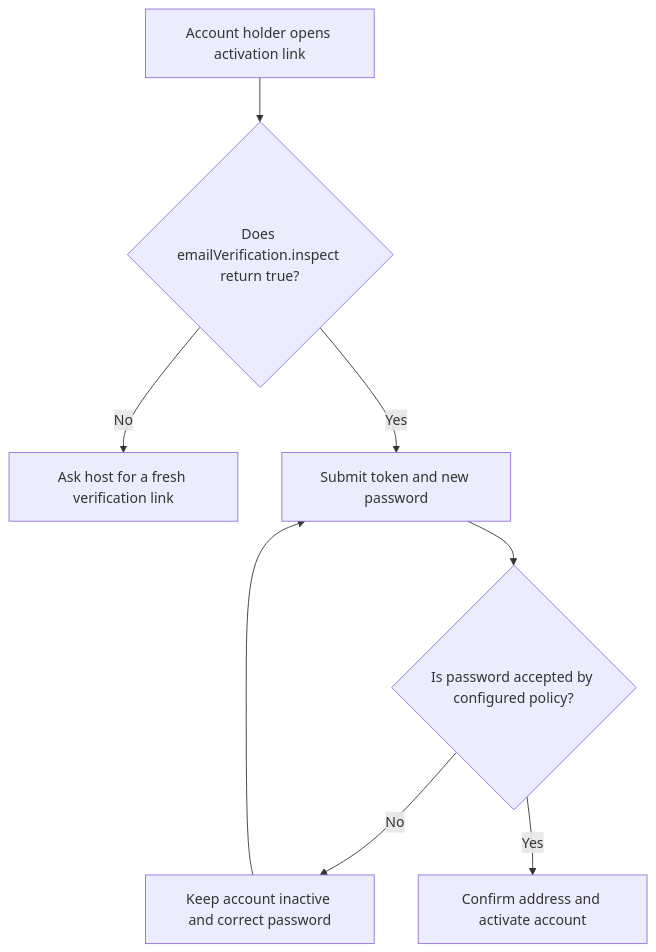
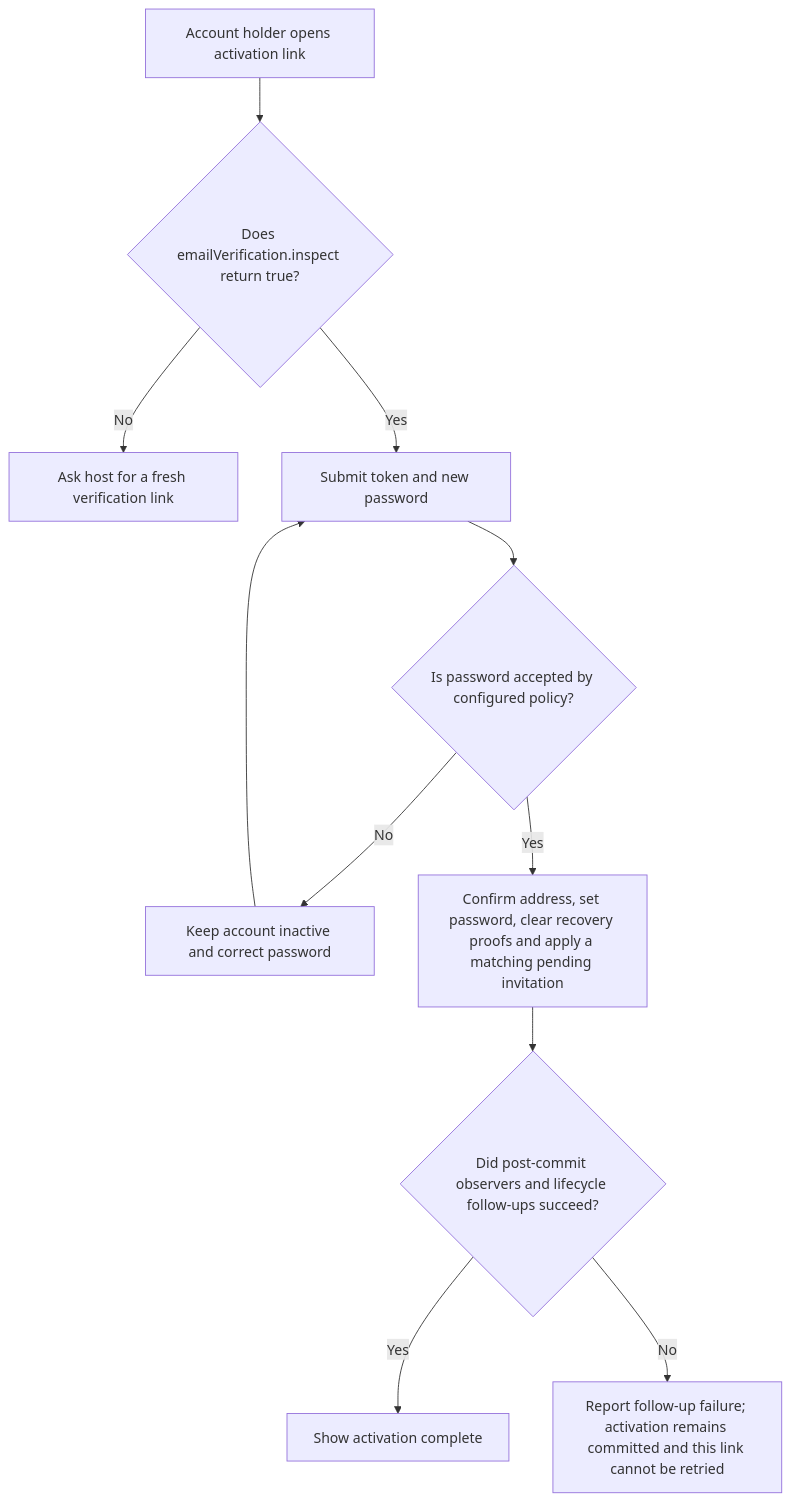
Before and after one commit to Kevinjohn/oss-adonisjs-account-kit: the first of 2 diagrams in user-stories/US-ACCOUNT-38-complete-email-verification.md, drawn with Mermaid. The commit also changed other lines of this file and 15 other files, not shown here.

````diff
--- a/user-stories/US-ACCOUNT-38-complete-email-verification.md
+++ b/user-stories/US-ACCOUNT-38-complete-email-verification.md
@@ -19,10 +20,13 @@
 ```mermaid
 flowchart TD
  A["Account holder opens activation link"] --> B{"Does emailVerification.inspect return true?"}
  B -->|No| C["Ask host for a fresh verification link"]
  B -->|Yes| D["Submit token and new password"]
  D --> E{"Is password accepted by configured policy?"}
  E -->|No| F["Keep account inactive and correct password"]
  F --> D
- E -->|Yes| G["Confirm address and activate account"]
+ E -->|Yes| G["Confirm address, set password, clear recovery proofs and apply a matching pending invitation"]
+ G --> H{"Did post-commit observers and lifecycle follow-ups succeed?"}
+ H -->|Yes| I["Show activation complete"]
+ H -->|No| J["Report follow-up failure; activation remains committed and this link cannot be retried"]
 ```
````
